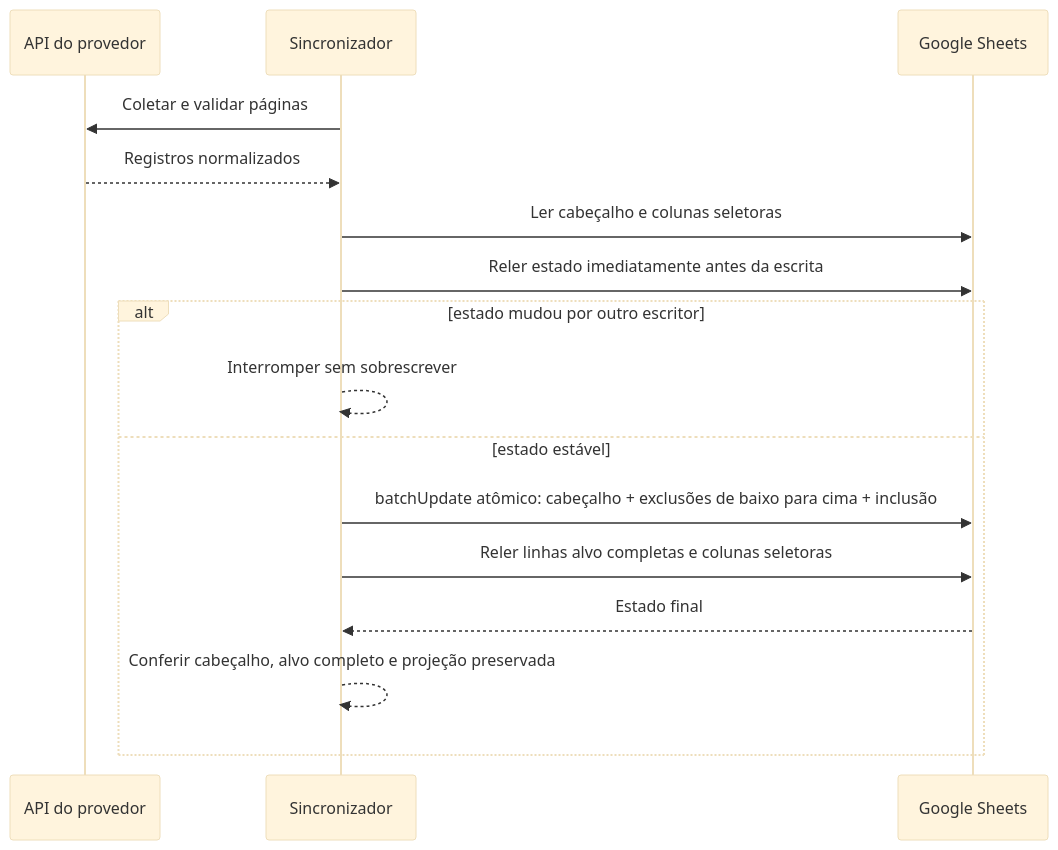
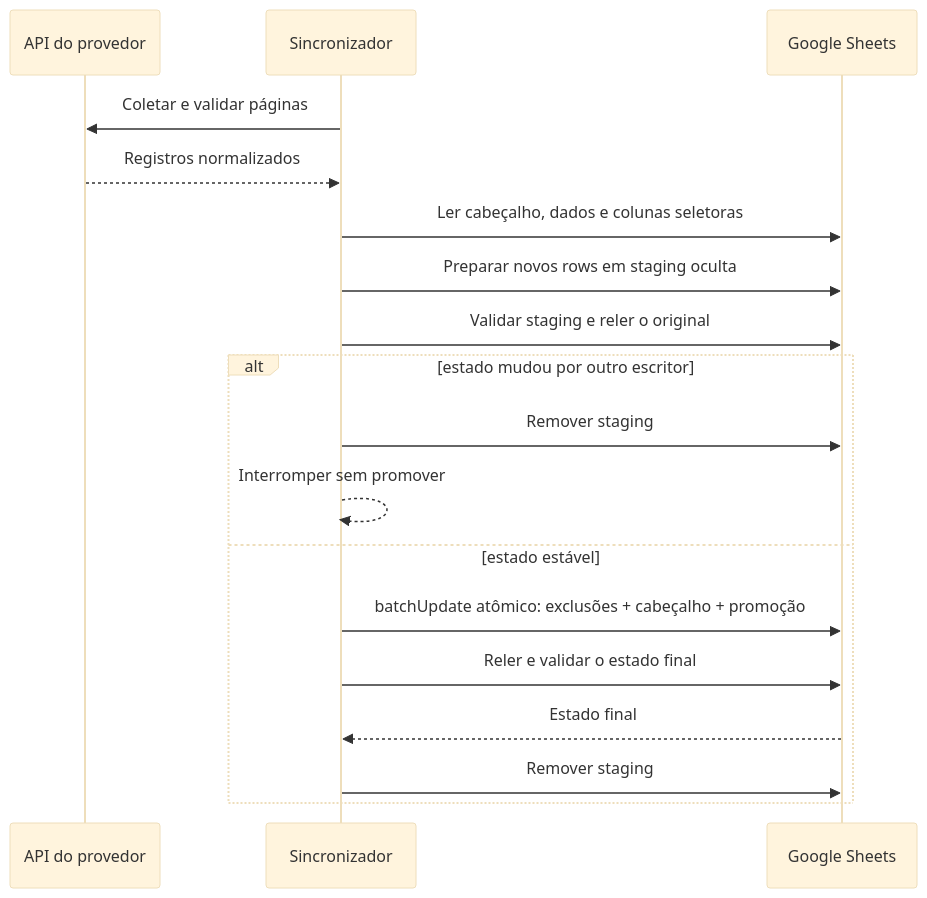
Before and after one commit to operacoesicaiu/icaiu-data: the second of 4 diagrams in README.md, drawn with Mermaid (base theme). The commit also changed other lines of this file and 16 other files, not shown here.

````diff
--- a/README.md
+++ b/README.md
@@ -133,19 +134,21 @@
 ```mermaid
 sequenceDiagram
     participant API as API do provedor
     participant Sync as Sincronizador
     participant Sheets as Google Sheets
 
     Sync->>API: Coletar e validar páginas
     API-->>Sync: Registros normalizados
-    Sync->>Sheets: Ler cabeçalho e colunas seletoras
-    Sync->>Sheets: Reler estado imediatamente antes da escrita
+    Sync->>Sheets: Ler cabeçalho, dados e colunas seletoras
+    Sync->>Sheets: Preparar novos rows em staging oculta
+    Sync->>Sheets: Validar staging e reler o original
     alt estado mudou por outro escritor
-        Sync-->>Sync: Interromper sem sobrescrever
+        Sync->>Sheets: Remover staging
+        Sync-->>Sync: Interromper sem promover
     else estado estável
-        Sync->>Sheets: batchUpdate atômico: cabeçalho + exclusões de baixo para cima + inclusão
-        Sync->>Sheets: Reler linhas alvo completas e colunas seletoras
+        Sync->>Sheets: batchUpdate atômico: exclusões + cabeçalho + promoção
+        Sync->>Sheets: Reler e validar o estado final
         Sheets-->>Sync: Estado final
-        Sync-->>Sync: Conferir cabeçalho, alvo completo e projeção preservada
+        Sync->>Sheets: Remover staging
     end
 ```
````
